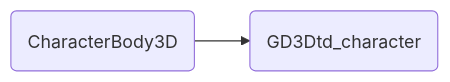
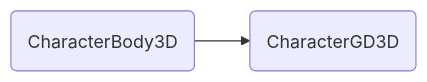
The third of 3 diagrams in README.md (Boyquotes/gd3dtopdown), drawn with Mermaid before and after one commit. The commit also changed other lines of this file and 41 other files, not shown here.

````diff
--- a/README.md
+++ b/README.md
@@ -95,4 +97,4 @@
 ```mermaid
 graph LR
-A(CharacterBody3D) --> B(GD3Dtd_character)  
+A(CharacterBody3D) --> B(CharacterGD3D)  
 ```
````
